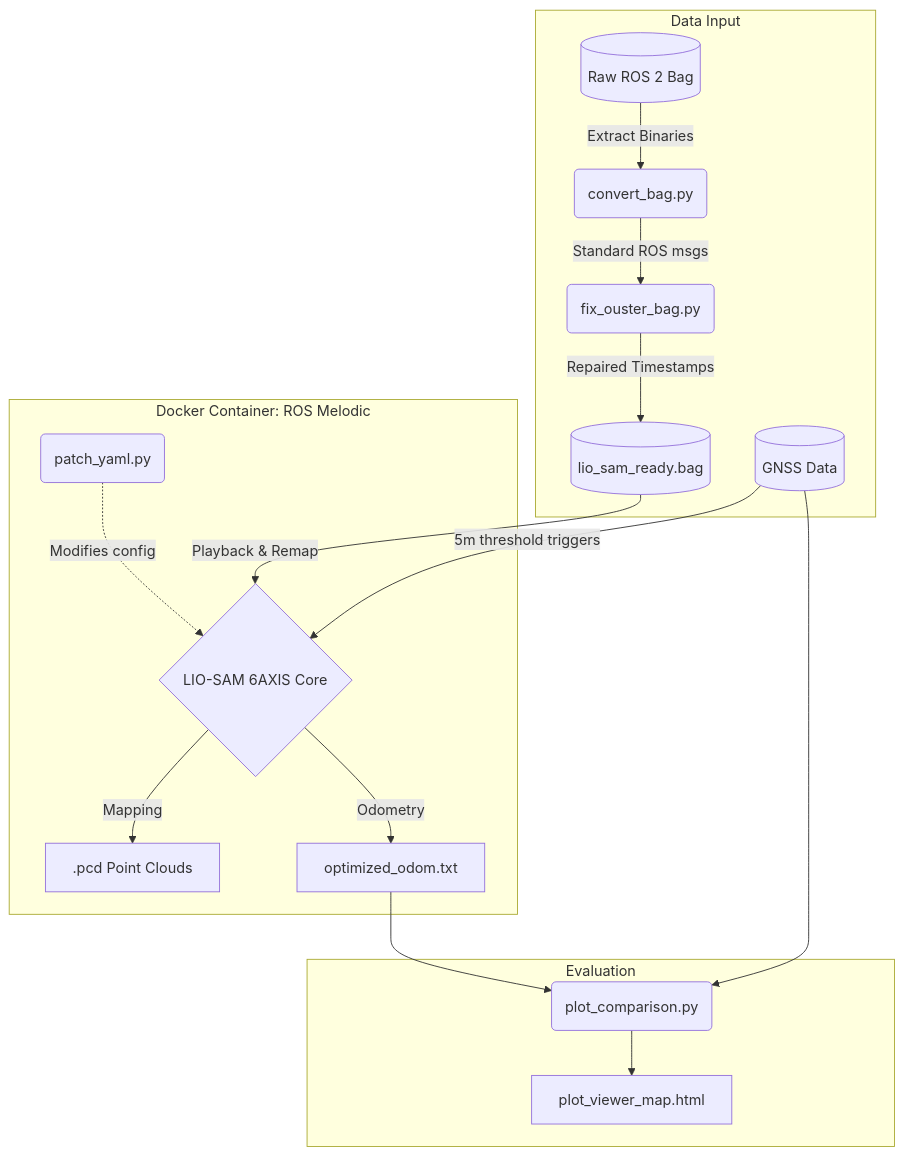
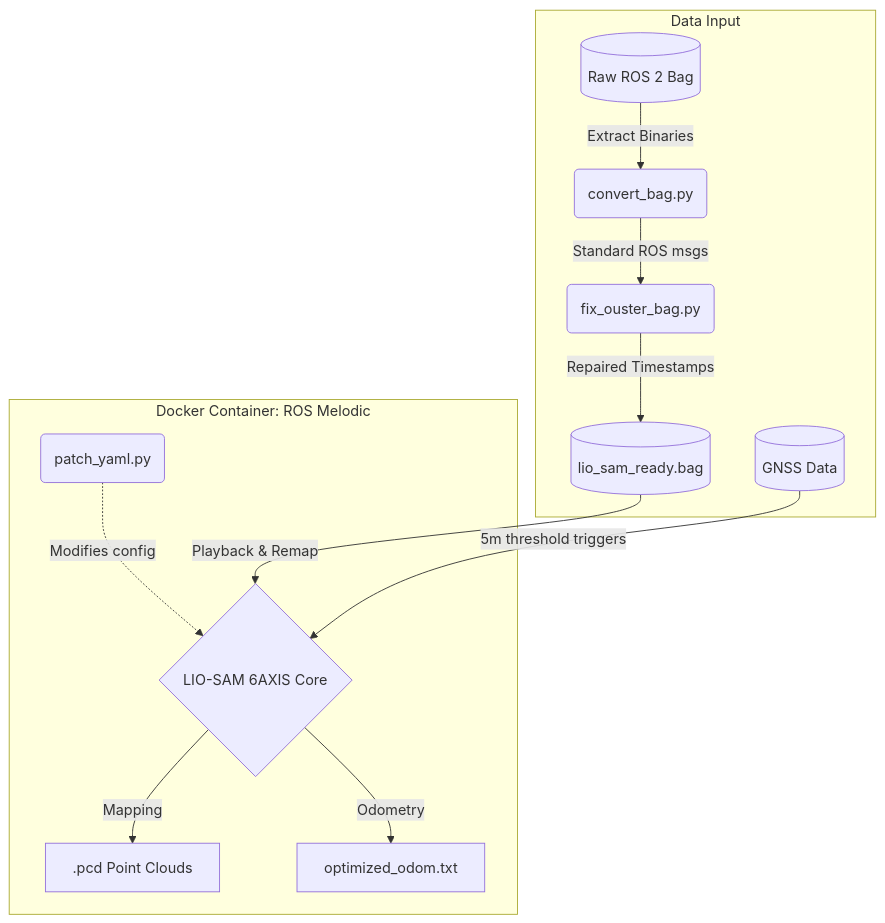
One commit to Armin-Ebrahimi-Saba/LIDAR-Odometry changed the diagram in README.md. Above: the diagram before and after it, drawn with Mermaid. The commit also changed other lines of this file, not shown here.

````diff
--- a/README.md
+++ b/README.md
@@ -46,23 +42,17 @@
 ```mermaid
 flowchart TD
     subgraph Data Input
         B1[(Raw ROS 2 Bag)] -->|Extract Binaries| conv(convert_bag.py)
         conv -->|Standard ROS msgs| P1(fix_ouster_bag.py)
         P1 -->|Repaired Timestamps| B2[(lio_sam_ready.bag)]
         GNSS[(GNSS Data)]
     end
 
     subgraph Docker Container: ROS Melodic
         patch(patch_yaml.py) -.->|Modifies config| core
         B2 -->|Playback & Remap| core{LIO-SAM 6AXIS Core}
         GNSS -->|5m threshold triggers| core
         core -->|Mapping| pcd[.pcd Point Clouds]
         core -->|Odometry| txt[optimized_odom.txt]
     end
-
-    subgraph Evaluation
-        txt --> plot(plot_comparison.py)
-        GNSS --> plot
-        plot --> html[plot_viewer_map.html]
-    end
 ```
````
